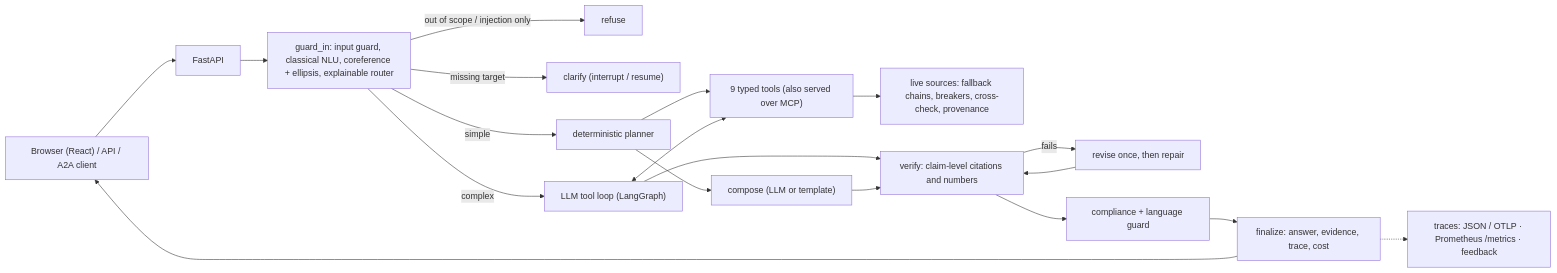
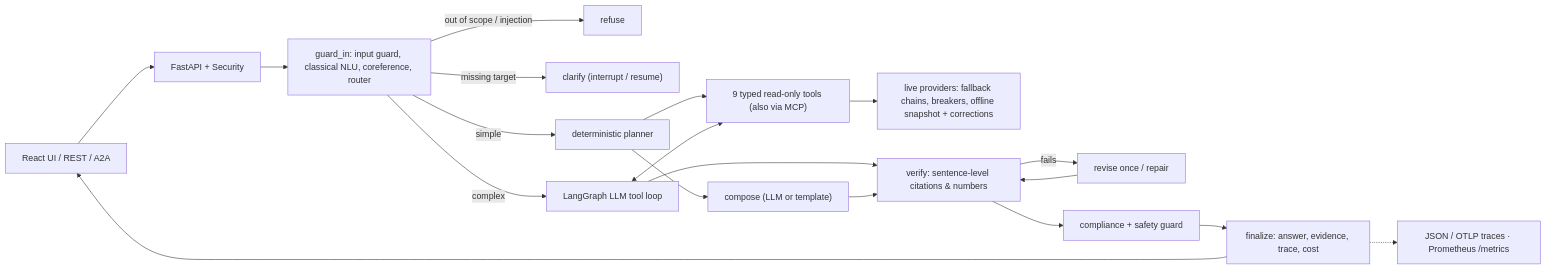
Before and after one commit to beautifulrem/FinSight: the diagram in README.md, drawn with Mermaid. The commit also changed other lines of this file and 54 other files, not shown here.

````diff
--- a/README.md
+++ b/README.md
@@ -73,19 +97,19 @@
 ```mermaid
 flowchart LR
-  U["Browser (React) / API / A2A client"] --> API["FastAPI"]
-  API --> G["guard_in: input guard, classical NLU, coreference + ellipsis, explainable router"]
-  G -->|out of scope / injection only| RF["refuse"]
+  U["React UI / REST / A2A"] --> API["FastAPI + Security"]
+  API --> G["guard_in: input guard, classical NLU, coreference, router"]
+  G -->|out of scope / injection| RF["refuse"]
   G -->|missing target| CL["clarify (interrupt / resume)"]
   G -->|simple| WF["deterministic planner"]
-  G -->|complex| AL["LLM tool loop (LangGraph)"]
-  WF --> T["9 typed tools (also served over MCP)"]
+  G -->|complex| AL["LangGraph LLM tool loop"]
+  WF --> T["9 typed read-only tools (also via MCP)"]
   AL <--> T
-  T --> DS["live sources: fallback chains, breakers, cross-check, provenance"]
+  T --> DS["live providers: fallback chains, breakers, offline snapshot + corrections"]
   WF --> C["compose (LLM or template)"]
-  AL --> V["verify: claim-level citations and numbers"]
+  AL --> V["verify: sentence-level citations & numbers"]
   C --> V
-  V -->|fails| RV["revise once, then repair"] --> V
-  V --> K["compliance + language guard"] --> F["finalize: answer, evidence, trace, cost"]
+  V -->|fails| RV["revise once / repair"] --> V
+  V --> K["compliance + safety guard"] --> F["finalize: answer, evidence, trace, cost"]
   F --> U
-  F -.-> O["traces: JSON / OTLP · Prometheus /metrics · feedback"]
+  F -.-> O["JSON / OTLP traces · Prometheus /metrics"]
 ```
````
